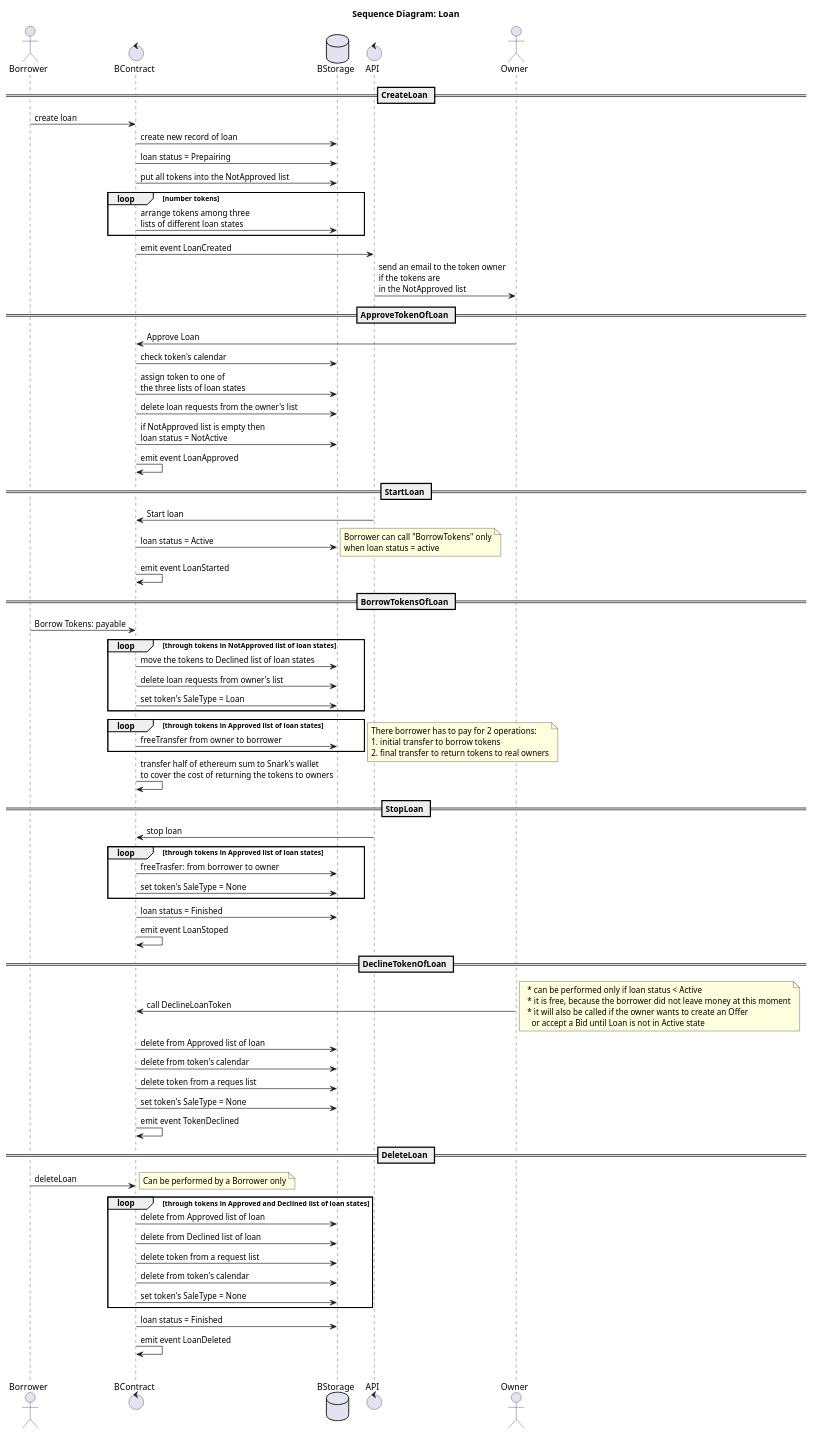
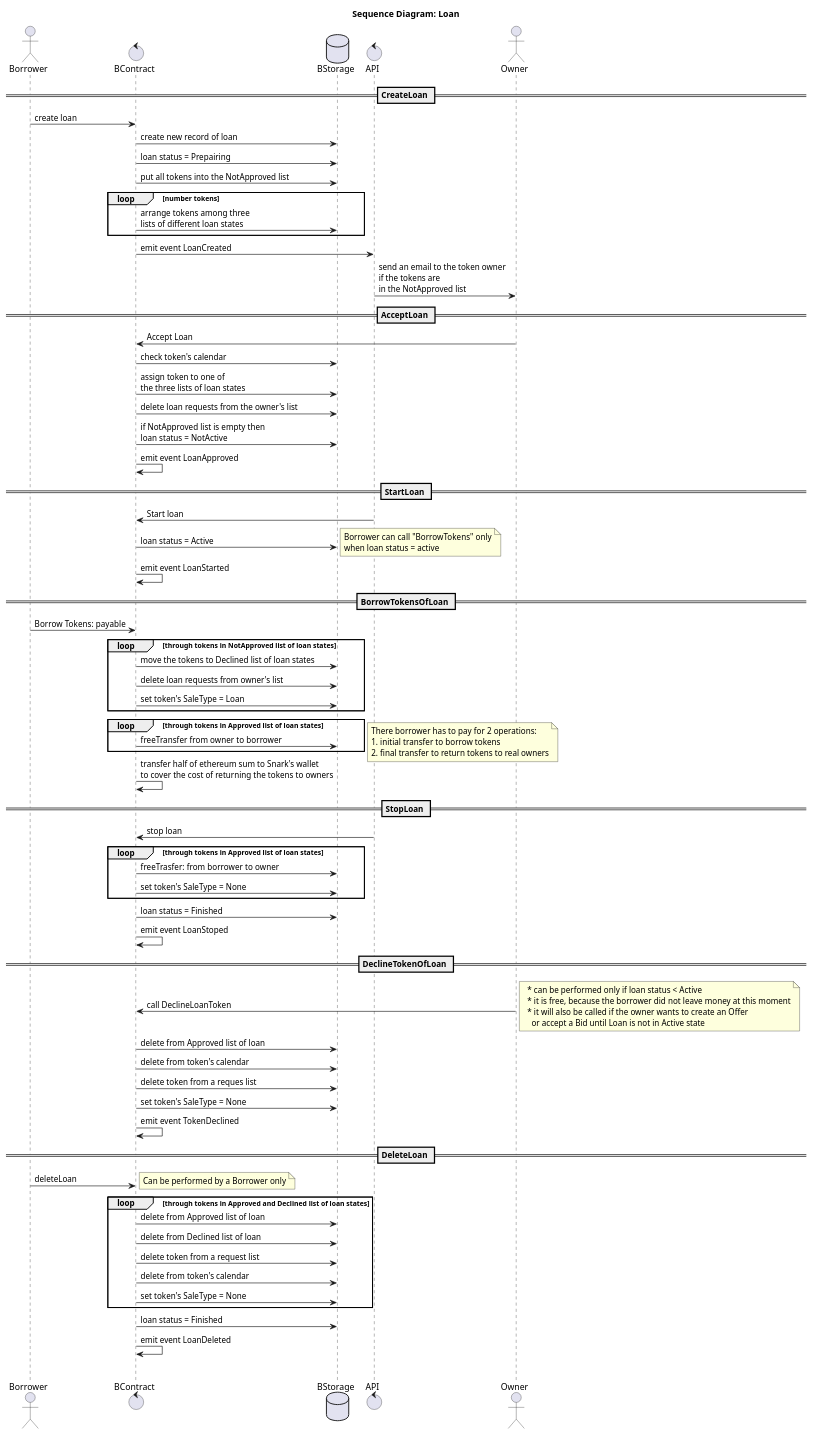
Before and after one commit to snarkdotart/snarkcontract: the diagram in diagrams/src/SnarkLoan Sequence.wsd, drawn with PlantUML. The commit also changed 4 other files, not shown here.

Commit message:
Update diagrams

```diff
--- a/diagrams/src/SnarkLoan Sequence.wsd
+++ b/diagrams/src/SnarkLoan Sequence.wsd
@@ -1,104 +1,104 @@
 @startuml
 
 title Sequence Diagram: Loan
 
 actor Borrower
 control BContract
 database BStorage
 control API
 actor Owner
 
 == CreateLoan ==
 
 Borrower -> BContract: create loan
 BContract -> BStorage: create new record of loan
 BContract -> BStorage: loan status = Prepairing
 BContract -> BStorage: put all tokens into the NotApproved list
 
 loop number tokens
   BContract -> BStorage: arrange tokens among three\nlists of different loan states
 end
 
 BContract -> API: emit event LoanCreated
 API -> Owner: send an email to the token owner\nif the tokens are\nin the NotApproved list
 
-== ApproveTokenOfLoan ==
+== AcceptLoan ==
 
-Owner -> BContract: Approve Loan
+Owner -> BContract: Accept Loan
 BContract -> BStorage: check token's calendar
 BContract -> BStorage: assign token to one of\nthe three lists of loan states
 BContract -> BStorage: delete loan requests from the owner's list
 BContract -> BStorage: if NotApproved list is empty then\nloan status = NotActive
 BContract -> BContract: emit event LoanApproved
 
 == StartLoan ==
 
 API -> BContract: Start loan
 BContract -> BStorage: loan status = Active
 note right
   Borrower can call "BorrowTokens" only
   when loan status = active
 end note 
 BContract -> BContract: emit event LoanStarted
 
 == BorrowTokensOfLoan ==
 
 Borrower -> BContract: Borrow Tokens: payable
 loop through tokens in NotApproved list of loan states
   BContract -> BStorage: move the tokens to Declined list of loan states
   BContract -> BStorage: delete loan requests from owner's list
   BContract -> BStorage: set token's SaleType = Loan
 end
 loop through tokens in Approved list of loan states
   BContract -> BStorage: freeTransfer from owner to borrower 
 end
 note right
   There borrower has to pay for 2 operations:
   1. initial transfer to borrow tokens
   2. final transfer to return tokens to real owners
 end note
 BContract -> BContract: transfer half of ethereum sum to Snark's wallet\nto cover the cost of returning the tokens to owners
 
 == StopLoan ==
 
 API -> BContract: stop loan
 loop through tokens in Approved list of loan states
   BContract -> BStorage: freeTrasfer: from borrower to owner
   BContract -> BStorage: set token's SaleType = None
 end
 BContract -> BStorage: loan status = Finished
 BContract -> BContract: emit event LoanStoped
 
 == DeclineTokenOfLoan ==
 
 Owner -> BContract: call DeclineLoanToken
 note right
   * can be performed only if loan status < Active
   * it is free, because the borrower did not leave money at this moment
   * it will also be called if the owner wants to create an Offer
     or accept a Bid until Loan is not in Active state
 end note
 BContract -> BStorage: delete from Approved list of loan
 BContract -> BStorage: delete from token's calendar
 BContract -> BStorage: delete token from a reques list
 BContract -> BStorage: set token's SaleType = None
 BContract -> BContract: emit event TokenDeclined
 
 == DeleteLoan ==
 
 Borrower -> BContract: deleteLoan
 note right
   Can be performed by a Borrower only
 end note
 loop through tokens in Approved and Declined list of loan states
   BContract -> BStorage: delete from Approved list of loan
   BContract -> BStorage: delete from Declined list of loan
   BContract -> BStorage: delete token from a request list
   BContract -> BStorage: delete from token's calendar
   BContract -> BStorage: set token's SaleType = None
 end
 BContract -> BStorage: loan status = Finished
 BContract -> BContract: emit event LoanDeleted
 
 |||
 @enduml
```
